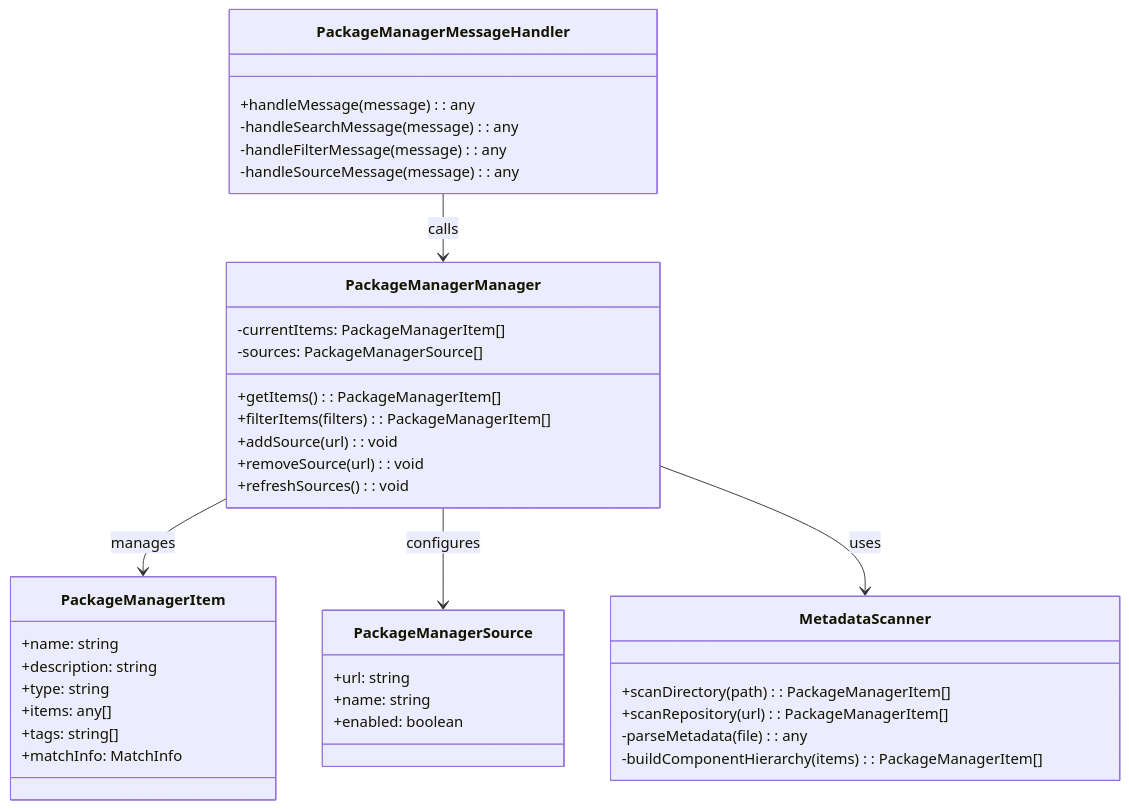
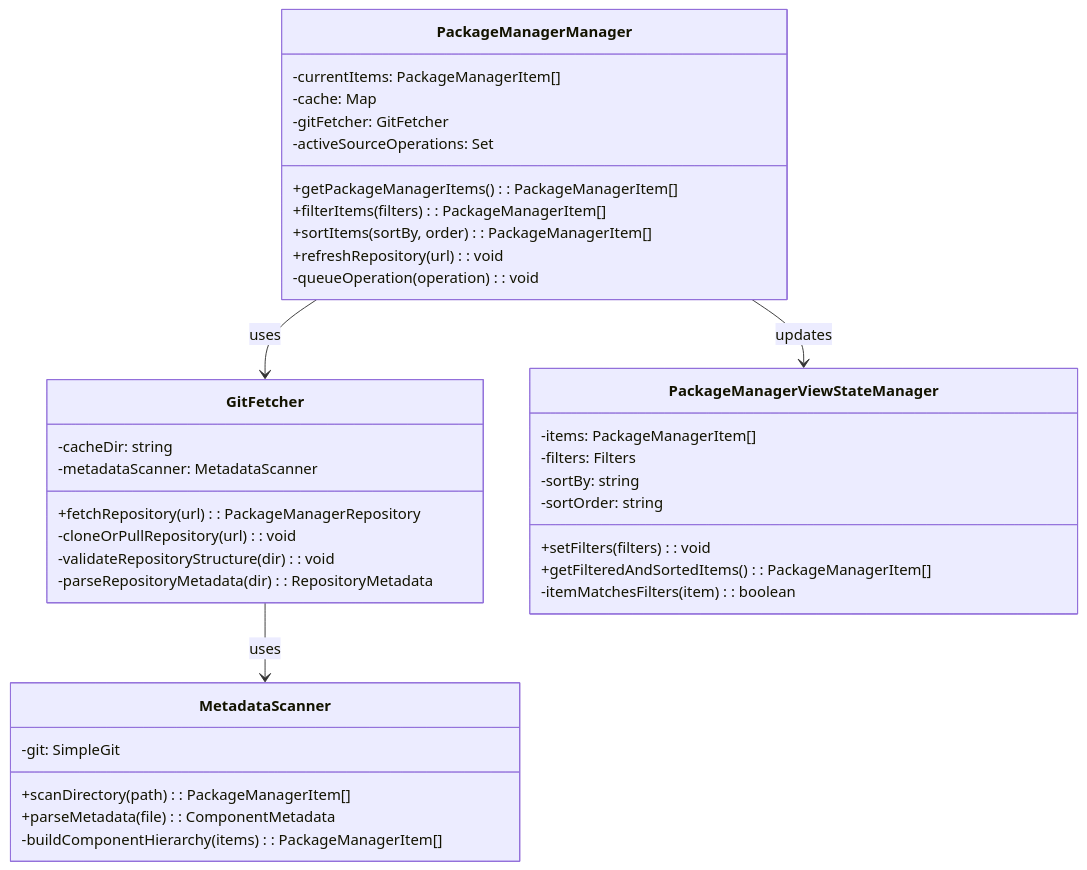
Before and after one commit to Smartsheet-JB-Brown/Roo-Code: the fifth of 5 diagrams in cline_docs/package-manager/implementation/01-architecture.md, drawn with Mermaid. The commit also changed other lines of this file and 3 other files, not shown here.

````diff
--- a/cline_docs/package-manager/implementation/01-architecture.md
+++ b/cline_docs/package-manager/implementation/01-architecture.md
@@ -147,46 +162,44 @@
 ```mermaid
 classDiagram
     class PackageManagerManager {
         -currentItems: PackageManagerItem[]
-        -sources: PackageManagerSource[]
-        +getItems(): PackageManagerItem[]
+        -cache: Map
+        -gitFetcher: GitFetcher
+        -activeSourceOperations: Set
+        +getPackageManagerItems(): PackageManagerItem[]
         +filterItems(filters): PackageManagerItem[]
-        +addSource(url): void
-        +removeSource(url): void
-        +refreshSources(): void
+        +sortItems(sortBy, order): PackageManagerItem[]
+        +refreshRepository(url): void
+        -queueOperation(operation): void
+    }
+
+    class GitFetcher {
+        -cacheDir: string
+        -metadataScanner: MetadataScanner
+        +fetchRepository(url): PackageManagerRepository
+        -cloneOrPullRepository(url): void
+        -validateRepositoryStructure(dir): void
+        -parseRepositoryMetadata(dir): RepositoryMetadata
     }
 
     class MetadataScanner {
+        -git: SimpleGit
         +scanDirectory(path): PackageManagerItem[]
-        +scanRepository(url): PackageManagerItem[]
-        -parseMetadata(file): any
+        +parseMetadata(file): ComponentMetadata
         -buildComponentHierarchy(items): PackageManagerItem[]
     }
 
-    class PackageManagerMessageHandler {
-        +handleMessage(message): any
-        -handleSearchMessage(message): any
-        -handleFilterMessage(message): any
-        -handleSourceMessage(message): any
+    class PackageManagerViewStateManager {
+        -items: PackageManagerItem[]
+        -filters: Filters
+        -sortBy: string
+        -sortOrder: string
+        +setFilters(filters): void
+        +getFilteredAndSortedItems(): PackageManagerItem[]
+        -itemMatchesFilters(item): boolean
     }
 
-    class PackageManagerItem {
-        +name: string
-        +description: string
-        +type: string
-        +items: any[]
-        +tags: string[]
-        +matchInfo: MatchInfo
-    }
-
-    class PackageManagerSource {
-        +url: string
-        +name: string
-        +enabled: boolean
-    }
-
-    PackageManagerManager --> PackageManagerItem: manages
-    PackageManagerManager --> PackageManagerSource: configures
-    PackageManagerManager --> MetadataScanner: uses
-    PackageManagerMessageHandler --> PackageManagerManager: calls
+    PackageManagerManager --> GitFetcher: uses
+    GitFetcher --> MetadataScanner: uses
+    PackageManagerManager --> PackageManagerViewStateManager: updates
 ```
````
